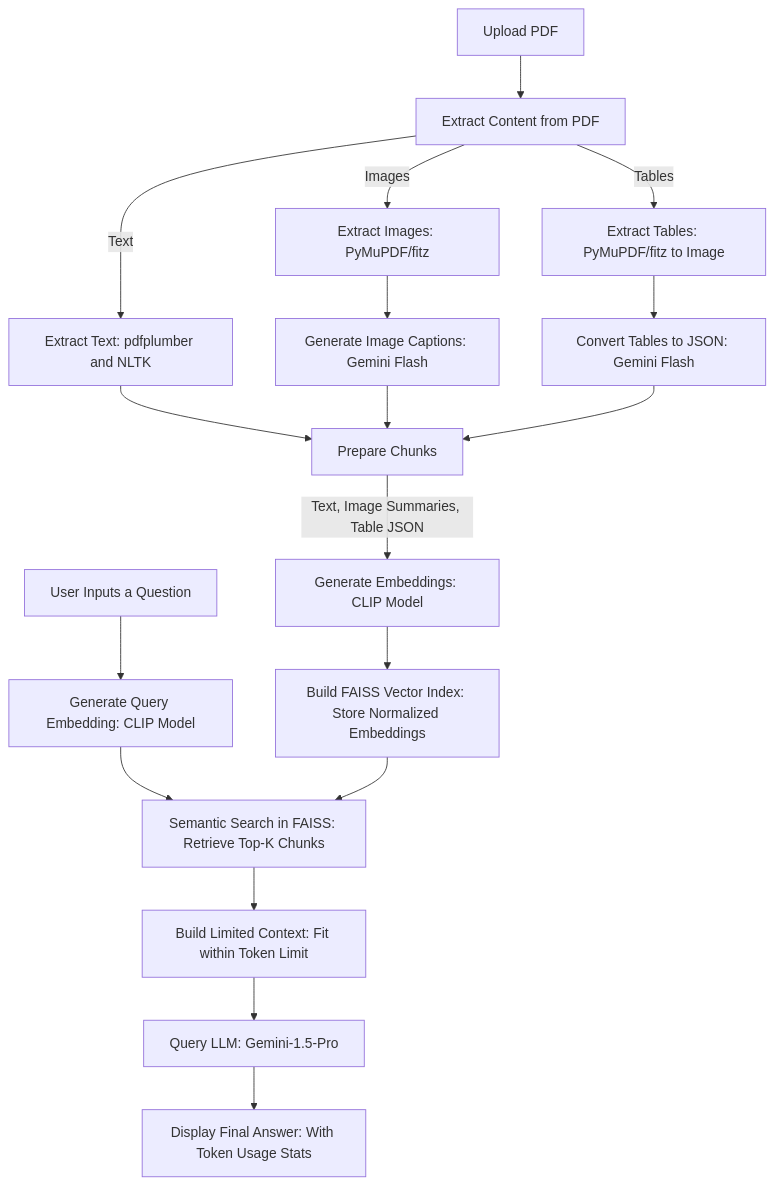
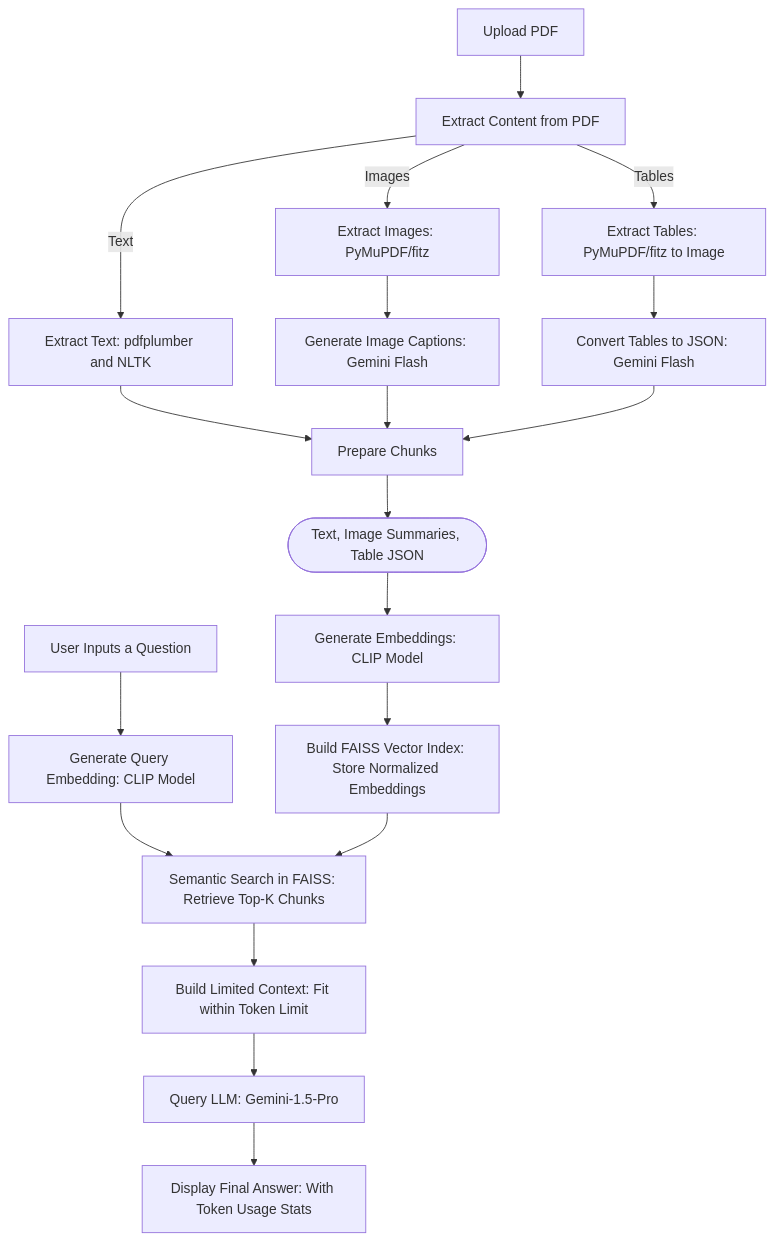
The diagram in README.md (DeepK-art/Multimodel-RAG), drawn with Mermaid before and after one commit.

````diff
--- a/README.md
+++ b/README.md
@@ -81,23 +81,24 @@
 ```mermaid
 graph TD
     A[Upload PDF] --> B[Extract Content from PDF]
     B -->|Text| B1[Extract Text: pdfplumber and NLTK]
     B -->|Images| B2[Extract Images: PyMuPDF/fitz]
     B -->|Tables| B3[Extract Tables: PyMuPDF/fitz to Image]
     B2 --> B4[Generate Image Captions: Gemini Flash]
     B3 --> B5[Convert Tables to JSON: Gemini Flash]
     
     B1 --> C[Prepare Chunks]
     B4 --> C
     B5 --> C
-    C -->|Text, Image Summaries, Table JSON| D[Generate Embeddings: CLIP Model]
+    C --> X([Text, Image Summaries, Table JSON])
+    X --> D[Generate Embeddings: CLIP Model]
     D --> E[Build FAISS Vector Index: Store Normalized Embeddings]
     
     F[User Inputs a Question] --> G[Generate Query Embedding: CLIP Model]
     G --> H[Semantic Search in FAISS: Retrieve Top-K Chunks]
     E --> H
     H --> I[Build Limited Context: Fit within Token Limit]
     I --> J[Query LLM: Gemini-1.5-Pro]
     J --> K[Display Final Answer: With Token Usage Stats]
 
 ```
````
